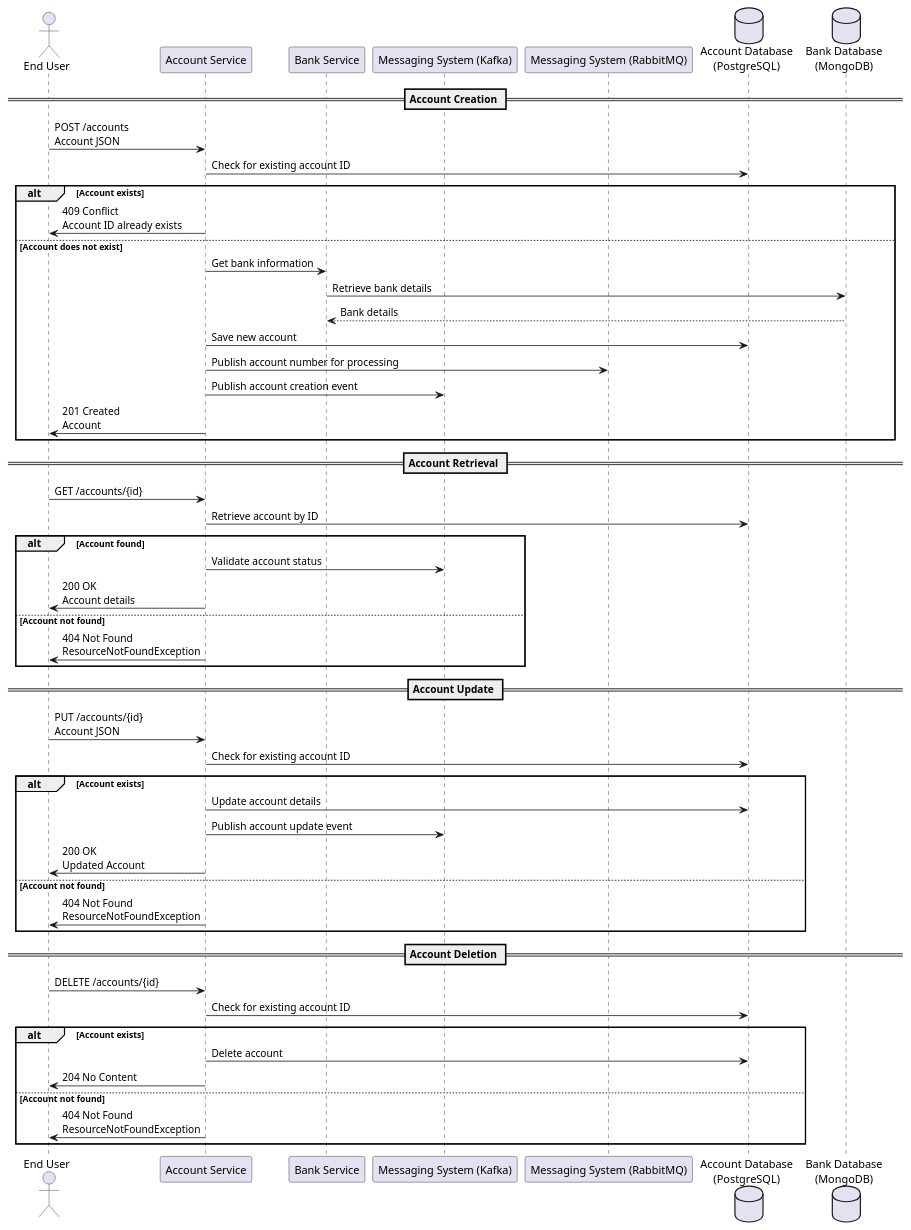
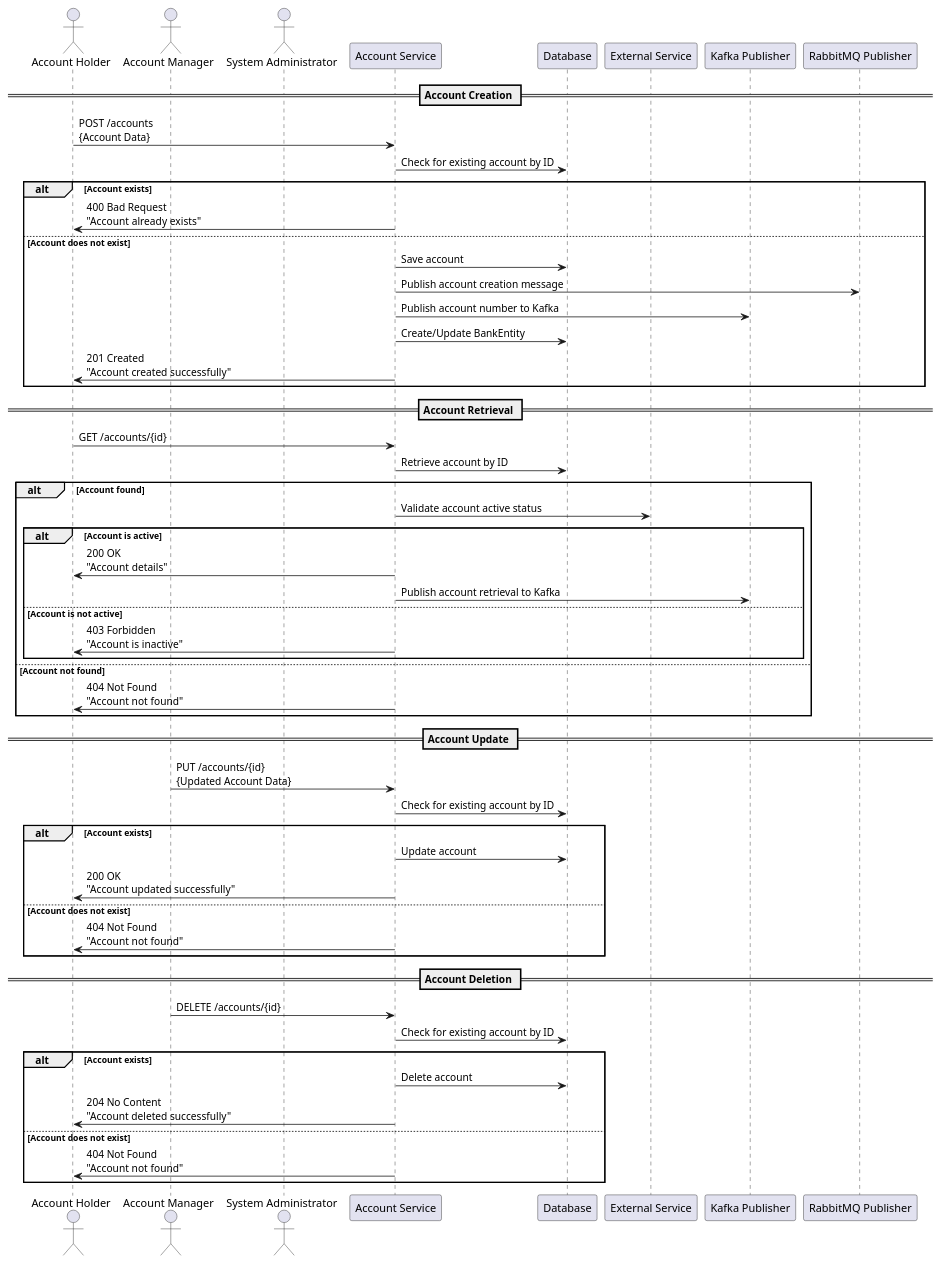
One commit to Bhaskar-Pavan/AccountService changed the diagram in design_document/AccountService.md. Above: the diagram before and after it, drawn with PlantUML. The commit also changed other lines of this file, not shown here.

````diff
--- a/design_document/AccountService.md
+++ b/design_document/AccountService.md
@@ -37,58 +37,61 @@
 ```plantuml
 @startuml
-actor "End User" as User
-participant "Account Service" as AccountService
-participant "Bank Service" as BankService
-participant "Messaging System (Kafka)" as Kafka
-participant "Messaging System (RabbitMQ)" as RabbitMQ
-database "Account Database\n(PostgreSQL)" as AccountDB
-database "Bank Database\n(MongoDB)" as BankDB
+actor "Account Holder" as AH
+actor "Account Manager" as AM
+actor "System Administrator" as SA
+participant "Account Service" as AS
+participant "Database" as DB
+participant "External Service" as ES
+participant "Kafka Publisher" as KP
+participant "RabbitMQ Publisher" as RP
 
 == Account Creation ==
-User -> AccountService: POST /accounts\nAccount JSON
-AccountService -> AccountDB: Check for existing account ID
+AH -> AS : POST /accounts\n{Account Data}
+AS -> DB : Check for existing account by ID
 alt Account exists
-    AccountService -> User: 409 Conflict\nAccount ID already exists
+    AS -> AH : 400 Bad Request\n"Account already exists"
 else Account does not exist
-    AccountService -> BankService: Get bank information
-    BankService -> BankDB: Retrieve bank details
-    BankDB --> BankService: Bank details
-    AccountService -> AccountDB: Save new account
-    AccountService -> RabbitMQ: Publish account number for processing
-    AccountService -> Kafka: Publish account creation event
-    AccountService -> User: 201 Created\nAccount
+    AS -> DB : Save account
+    AS -> RP : Publish account creation message
+    AS -> KP : Publish account number to Kafka
+    AS -> DB : Create/Update BankEntity
+    AS -> AH : 201 Created\n"Account created successfully"
 end
 
 == Account Retrieval ==
-User -> AccountService: GET /accounts/{id}
-AccountService -> AccountDB: Retrieve account by ID
+AH -> AS : GET /accounts/{id}
+AS -> DB : Retrieve account by ID
 alt Account found
-    AccountService -> Kafka: Validate account status
-    AccountService -> User: 200 OK\nAccount details
+    AS -> ES : Validate account active status
+    alt Account is active
+        AS -> AH : 200 OK\n"Account details"
+        AS -> KP : Publish account retrieval to Kafka
+    else Account is not active
+        AS -> AH : 403 Forbidden\n"Account is inactive"
+    end
 else Account not found
-    AccountService -> User: 404 Not Found\nResourceNotFoundException
+    AS -> AH : 404 Not Found\n"Account not found"
 end
 
 == Account Update ==
-User -> AccountService: PUT /accounts/{id}\nAccount JSON
-AccountService -> AccountDB: Check for existing account ID
+AM -> AS : PUT /accounts/{id}\n{Updated Account Data}
+AS -> DB : Check for existing account by ID
 alt Account exists
-    AccountService -> AccountDB: Update account details
-    AccountService -> Kafka: Publish account update event
-    AccountService -> User: 200 OK\nUpdated Account
-else Account not found
-    AccountService -> User: 404 Not Found\nResourceNotFoundException
+    AS -> DB : Update account
+    AS -> AH : 200 OK\n"Account updated successfully"
+else Account does not exist
+    AS -> AH : 404 Not Found\n"Account not found"
 end
 
 == Account Deletion ==
-User -> AccountService: DELETE /accounts/{id}
-AccountService -> AccountDB: Check for existing account ID
+AM -> AS : DELETE /accounts/{id}
+AS -> DB : Check for existing account by ID
 alt Account exists
-    AccountService -> AccountDB: Delete account
-    AccountService -> User: 204 No Content
-else Account not found
-    AccountService -> User: 404 Not Found\nResourceNotFoundException
+    AS -> DB : Delete account
+    AS -> AH : 204 No Content\n"Account deleted successfully"
+else Account does not exist
+    AS -> AH : 404 Not Found\n"Account not found"
 end
 
 @enduml
 ```
````
